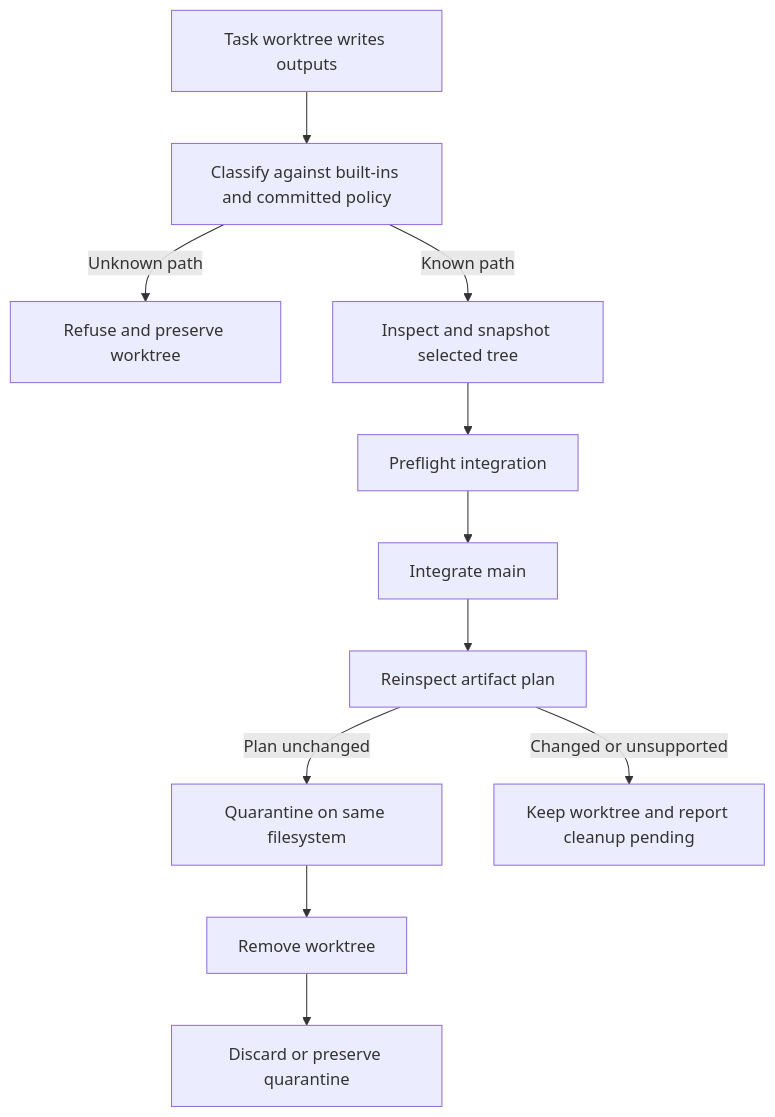
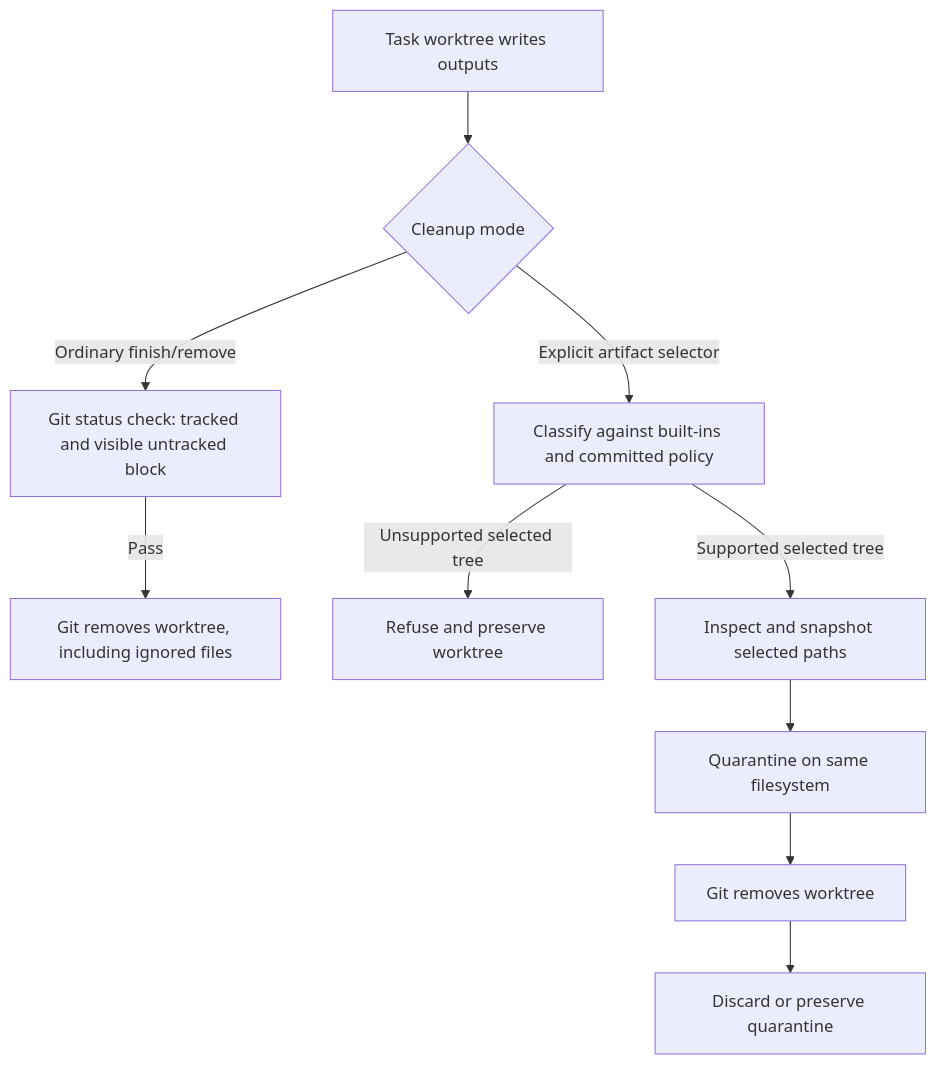
One commit to drgnxd/wtctl changed the diagram in ARTIFACT_LIFECYCLE_ROADMAP.md. Above: the diagram before and after it, drawn with Mermaid. The commit also changed other lines of this file and 7 other files, not shown here.

Commit message:
feat: align default cleanup with Git worktree removal

````diff
--- a/ARTIFACT_LIFECYCLE_ROADMAP.md
+++ b/ARTIFACT_LIFECYCLE_ROADMAP.md
@@ -39,13 +41,12 @@
 ```mermaid
 flowchart TD
-  A[Task worktree writes outputs] --> B[Classify against built-ins and committed policy]
-  B -->|Unknown path| U[Refuse and preserve worktree]
-  B -->|Known path| C[Inspect and snapshot selected tree]
-  C --> D[Preflight integration]
-  D --> E[Integrate main]
-  E --> F[Reinspect artifact plan]
-  F -->|Plan unchanged| G[Quarantine on same filesystem]
-  G --> H[Remove worktree]
+  A[Task worktree writes outputs] --> B{Cleanup mode}
+  B -->|Ordinary finish/remove| C[Git status check: tracked and visible untracked block]
+  C -->|Pass| D[Git removes worktree, including ignored files]
+  B -->|Explicit artifact selector| E[Classify against built-ins and committed policy]
+  E -->|Unsupported selected tree| U[Refuse and preserve worktree]
+  E -->|Supported selected tree| F[Inspect and snapshot selected paths]
+  F --> G[Quarantine on same filesystem]
+  G --> H[Git removes worktree]
   H --> I[Discard or preserve quarantine]
-  F -->|Changed or unsupported| P[Keep worktree and report cleanup pending]
 ```
````
